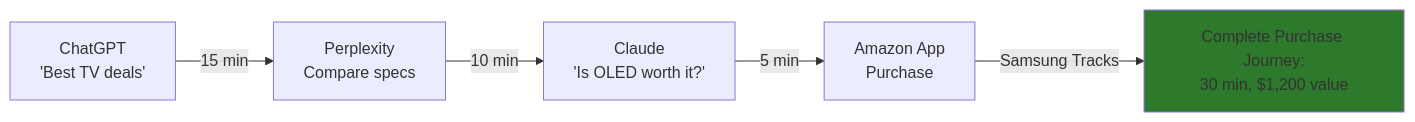
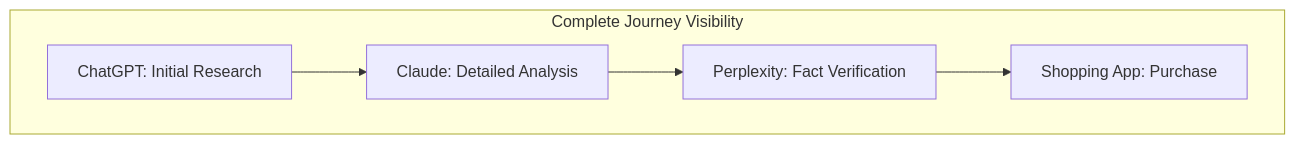
The first of 2 diagrams in pitch.md (yxl74/AI_PITCH), drawn with Mermaid before and after one commit. The commit also changed other lines of this file, not shown here.

````diff
--- a/pitch.md
+++ b/pitch.md
@@ -322,9 +70,8 @@
 ```mermaid
-graph LR
-    A[ChatGPT<br/>'Best TV deals'] -->|15 min| B[Perplexity<br/>Compare specs]
-    B -->|10 min| C[Claude<br/>'Is OLED worth it?']
-    C -->|5 min| D[Amazon App<br/>Purchase]
-    D -->|Samsung Tracks| E[Complete Purchase Journey:<br/>30 min, $1,200 value]
-    
-    style E fill:#2d7a2d
+graph TD
+    subgraph "Complete Journey Visibility"
+        A[ChatGPT: Initial Research] --> B[Claude: Detailed Analysis]
+        B --> C[Perplexity: Fact Verification]
+        C --> D[Shopping App: Purchase]
+    end
 ```
````
